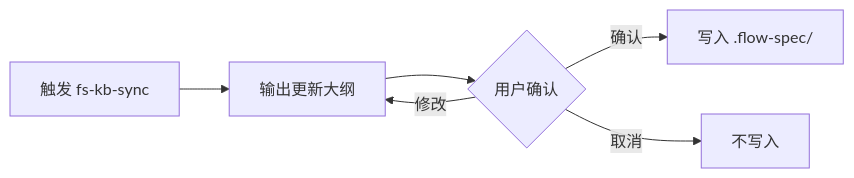
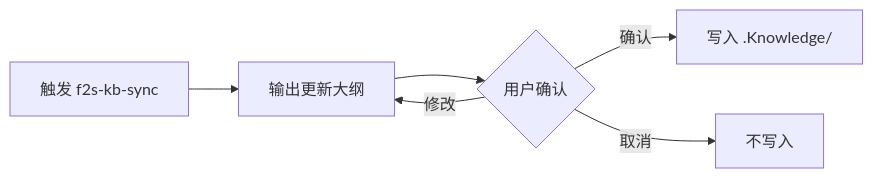
Before and after one commit to double-coding-lab/Flow2Spec: the tenth of 10 diagrams in docs/设计说明.md, drawn with Mermaid. The commit also changed other lines of this file and 27 other files, not shown here.

````diff
--- a/docs/设计说明.md
+++ b/docs/设计说明.md
@@ -541,8 +576,8 @@
 ```mermaid
 graph LR
-    T[触发 fs-kb-sync] --> O[输出更新大纲]
+    T[触发 f2s-kb-sync] --> O[输出更新大纲]
     O --> U{用户确认}
-    U -->|确认| W[写入 .flow-spec/]
+    U -->|确认| W[写入 .Knowledge/]
     U -->|修改| O
     U -->|取消| STOP[不写入]
 ```
````
